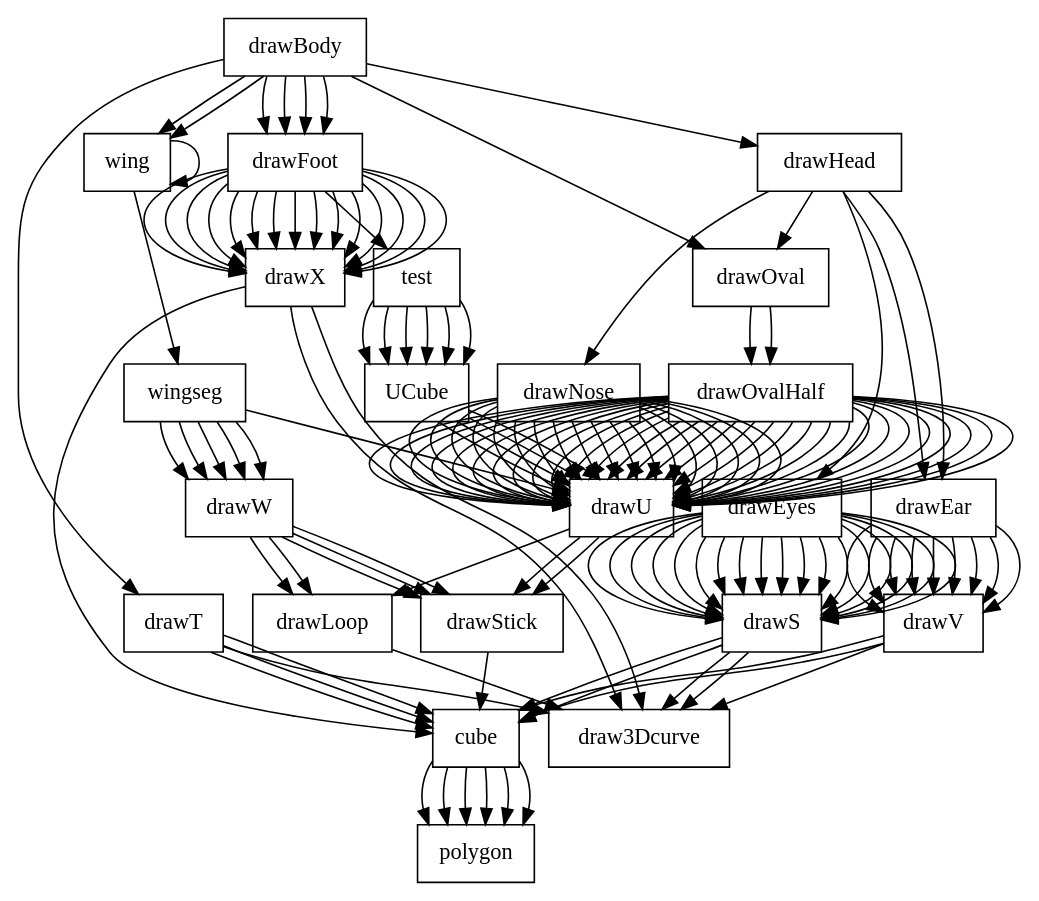
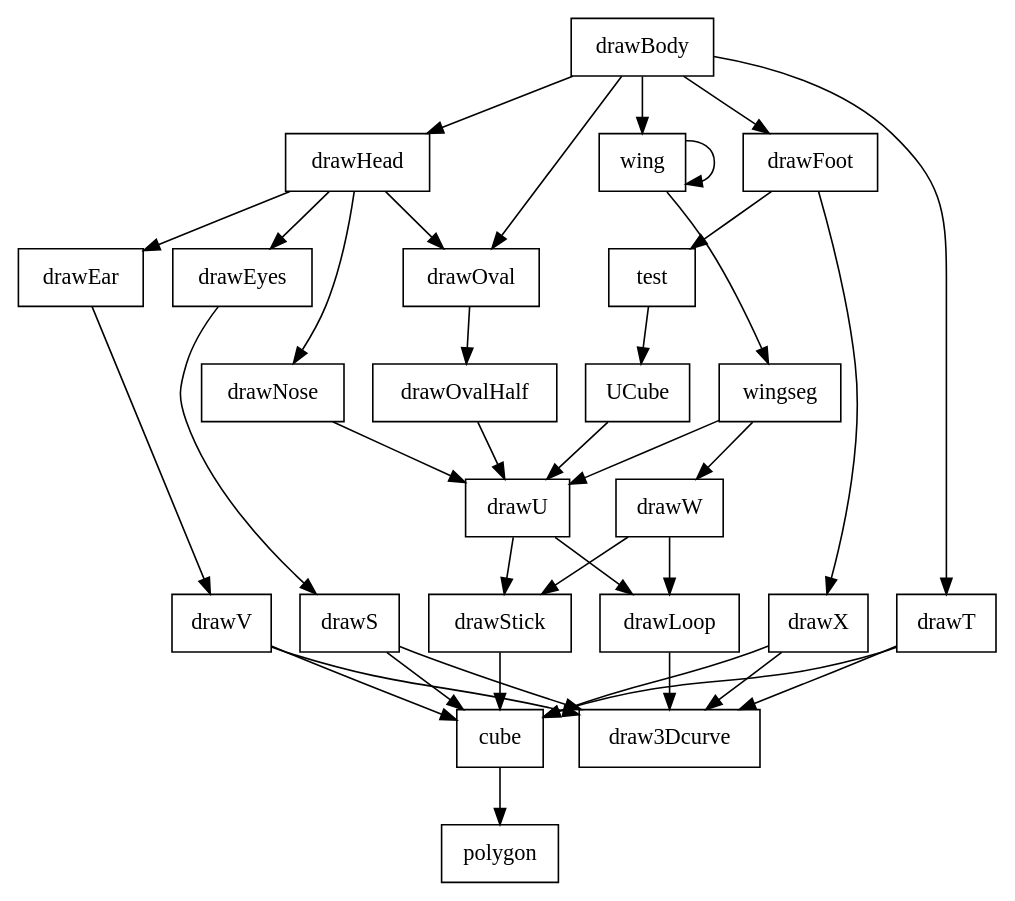
One commit to stwalkerster/uni-compgraphics changed the diagram in scenegraph.gv. Above: the diagram before and after it, drawn with Graphviz.

Commit message:
simplified

```diff
--- a/scenegraph.gv
+++ b/scenegraph.gv
@@ -33,174 +33,56 @@
 	drawBody->drawHead;
 	drawBody->drawT;
 	drawBody->wing;
-	drawBody->wing;
-	drawBody->drawFoot;
-	drawBody->drawFoot;
-	drawBody->drawFoot;
 	drawBody->drawFoot;
 
-	drawOval->drawOvalHalf;
 	drawOval->drawOvalHalf;
 	
 	drawHead->drawOval;
 	drawHead->drawEyes;
 	drawHead->drawNose;
 	drawHead->drawEar;
-	drawHead->drawEar;
 	
 	drawT->cube;
 	drawT->draw3Dcurve;
-	drawT->cube;
-	drawT->cube;
 	
 	wing->wingseg;
 	wing->wing;
 	
 	drawFoot->drawX;
-	drawFoot->drawX;
-	drawFoot->drawX;
-	drawFoot->drawX;
-	drawFoot->drawX;
-	drawFoot->drawX;
-	drawFoot->drawX;
-	drawFoot->drawX;
-	drawFoot->drawX;
-	drawFoot->drawX;
-	drawFoot->drawX;
-	drawFoot->drawX;
-	drawFoot->drawX;
-	drawFoot->drawX;
-	drawFoot->drawX;
 	drawFoot->test;
 	
 	drawOvalHalf->drawU;
-	drawOvalHalf->drawU;
-	drawOvalHalf->drawU;
-	drawOvalHalf->drawU;
-	drawOvalHalf->drawU;
-	drawOvalHalf->drawU;
-	drawOvalHalf->drawU;
-	drawOvalHalf->drawU;
-	drawOvalHalf->drawU;
-	drawOvalHalf->drawU;
-	drawOvalHalf->drawU;
-	drawOvalHalf->drawU;
-	drawOvalHalf->drawU;
-	drawOvalHalf->drawU;
-	drawOvalHalf->drawU;
-	drawOvalHalf->drawU;
-	drawOvalHalf->drawU;
-	drawOvalHalf->drawU;
-	drawOvalHalf->drawU;
-	drawOvalHalf->drawU;
-	drawOvalHalf->drawU;
-	drawOvalHalf->drawU;
-	drawOvalHalf->drawU;
-	drawOvalHalf->drawU;
-	drawOvalHalf->drawU;
-	drawOvalHalf->drawU;
-	drawOvalHalf->drawU;
-	drawOvalHalf->drawU;
-	drawOvalHalf->drawU;
-	drawOvalHalf->drawU;
 	
-	drawEyes->drawS;
-	drawEyes->drawS;
-	drawEyes->drawS;
-	drawEyes->drawS;
-	drawEyes->drawS;
-	drawEyes->drawS;
-	drawEyes->drawS;
-	drawEyes->drawS;
-	drawEyes->drawS;
-	drawEyes->drawS;
-	drawEyes->drawS;
-	drawEyes->drawS;
-	drawEyes->drawS;
-	drawEyes->drawS;
-	drawEyes->drawS;
-	drawEyes->drawS;
-	drawEyes->drawS;
 	drawEyes->drawS;
 	
 	drawNose->drawU;
-	drawNose->drawU;
-	drawNose->drawU;
-	drawNose->drawU;
-	drawNose->drawU;
-	drawNose->drawU;
-	drawNose->drawU;
-	drawNose->drawU;
-	drawNose->drawU;
-	drawNose->drawU;
-	drawNose->drawU;
-	drawNose->drawU;
-	drawNose->drawU;
-	drawNose->drawU;
-	drawNose->drawU;
-	drawNose->drawU;
-	drawNose->drawU;
-	drawNose->drawU;
 	
 	drawEar->drawV;
-	drawEar->drawV;
-	drawEar->drawV;
-	drawEar->drawV;
-	drawEar->drawV;
-	drawEar->drawV;
-	drawEar->drawV;
-	drawEar->drawV;
-	drawEar->drawV;
 	
-	cube->polygon;
-	cube->polygon;
-	cube->polygon;
-	cube->polygon;
-	cube->polygon;
 	cube->polygon;
 	
 	wingseg->drawU;
 	wingseg->drawW;
-	wingseg->drawW;
-	wingseg->drawW;
-	wingseg->drawW;
-	wingseg->drawW;
 	
 	drawX->cube;
 	drawX->draw3Dcurve;
-	drawX->draw3Dcurve;
 	
 	test->UCube;
-	test->UCube;
-	test->UCube;
-	test->UCube;
-	test->UCube;
-	test->UCube;
 	
-	drawU->drawStick;
 	drawU->drawStick;
 	drawU->drawLoop;
 	
 	drawS->draw3Dcurve;
 	drawS->cube;
-	drawS->cube;
-	drawS->draw3Dcurve;
 	
 	drawV->cube;
 	drawV->draw3Dcurve;
-	drawV->cube;
 	
 	// polygon
 	
 	drawW->drawStick;
-	drawW->drawStick;
 	drawW->drawLoop;
-	drawW->drawLoop;
-	drawW->drawStick;
 	
-	UCube->drawU;
-	UCube->drawU;
-	UCube->drawU;
 	UCube->drawU;
 	
 	drawStick->cube;
```
